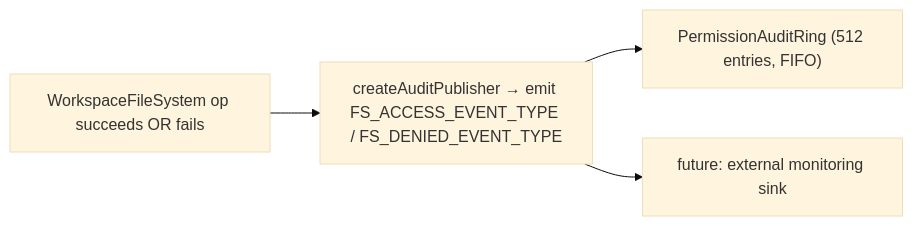
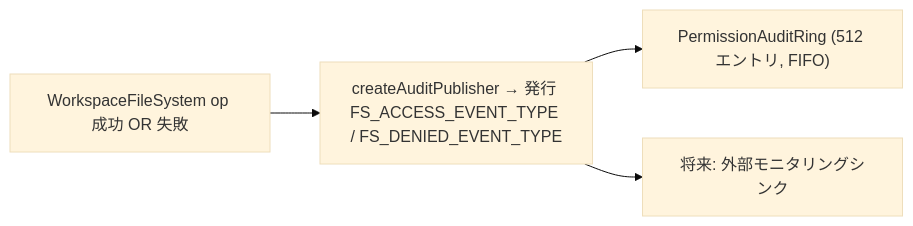
Before and after one commit to QwenLM/qwen-code-docs: the third of 3 diagrams in website/content/ja/developers/daemon/07-workspace-filesystem.md, drawn with Mermaid (base theme). The commit also changed other lines of this file and 1077 other files, not shown here.

````diff
--- a/website/content/ja/developers/daemon/07-workspace-filesystem.md
+++ b/website/content/ja/developers/daemon/07-workspace-filesystem.md
@@ -180,6 +181,6 @@
 ```mermaid
 flowchart LR
-    A["WorkspaceFileSystem op succeeds OR fails"] --> P["createAuditPublisher → emit FS_ACCESS_EVENT_TYPE / FS_DENIED_EVENT_TYPE"]
-    P --> AR["PermissionAuditRing (512 entries, FIFO)"]
-    P --> MON["future: external monitoring sink"]
+    A["WorkspaceFileSystem op 成功 OR 失敗"] --> P["createAuditPublisher → 発行 FS_ACCESS_EVENT_TYPE / FS_DENIED_EVENT_TYPE"]
+    P --> AR["PermissionAuditRing (512 エントリ, FIFO)"]
+    P --> MON["将来: 外部モニタリングシンク"]
 ```
````
